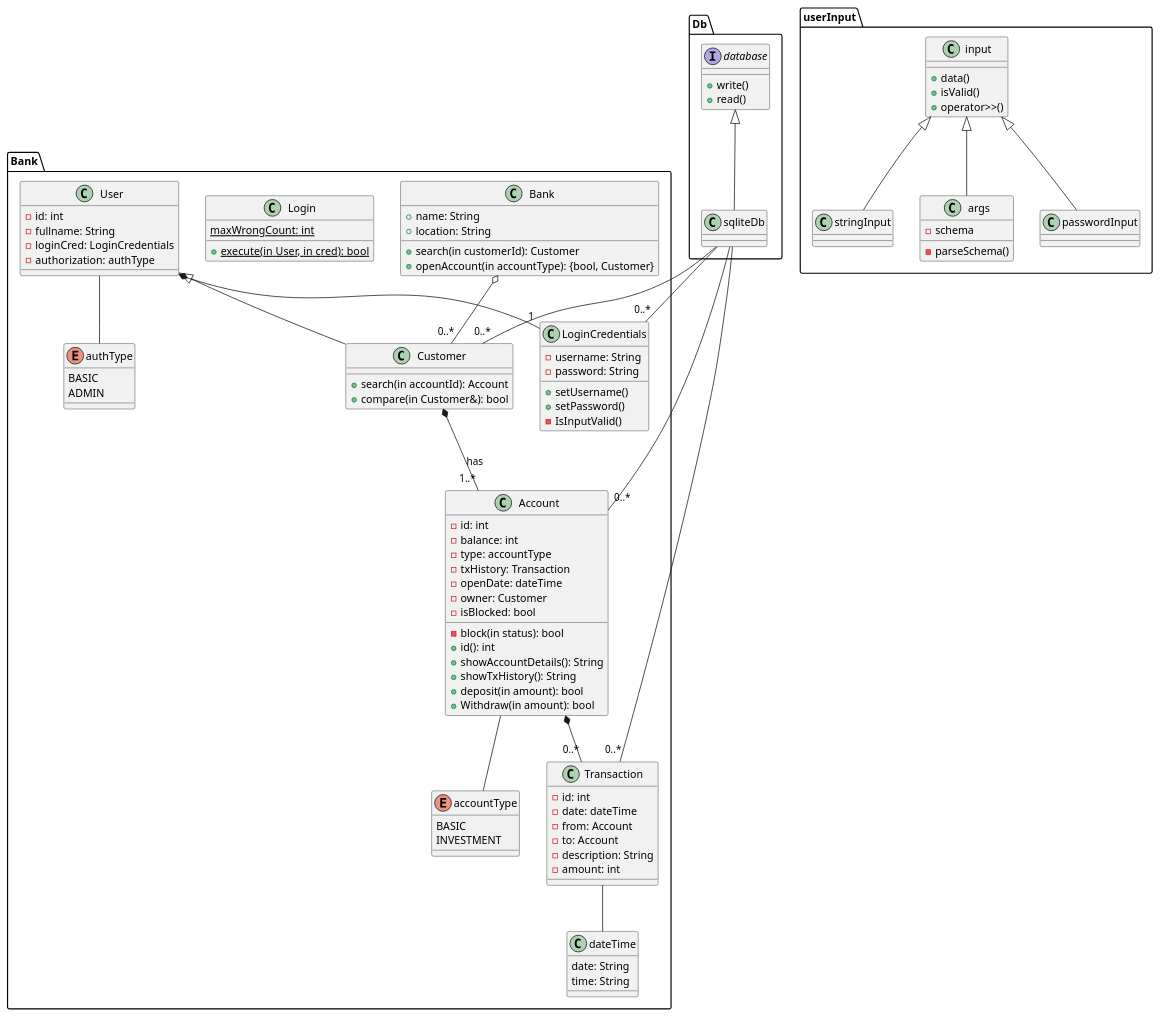
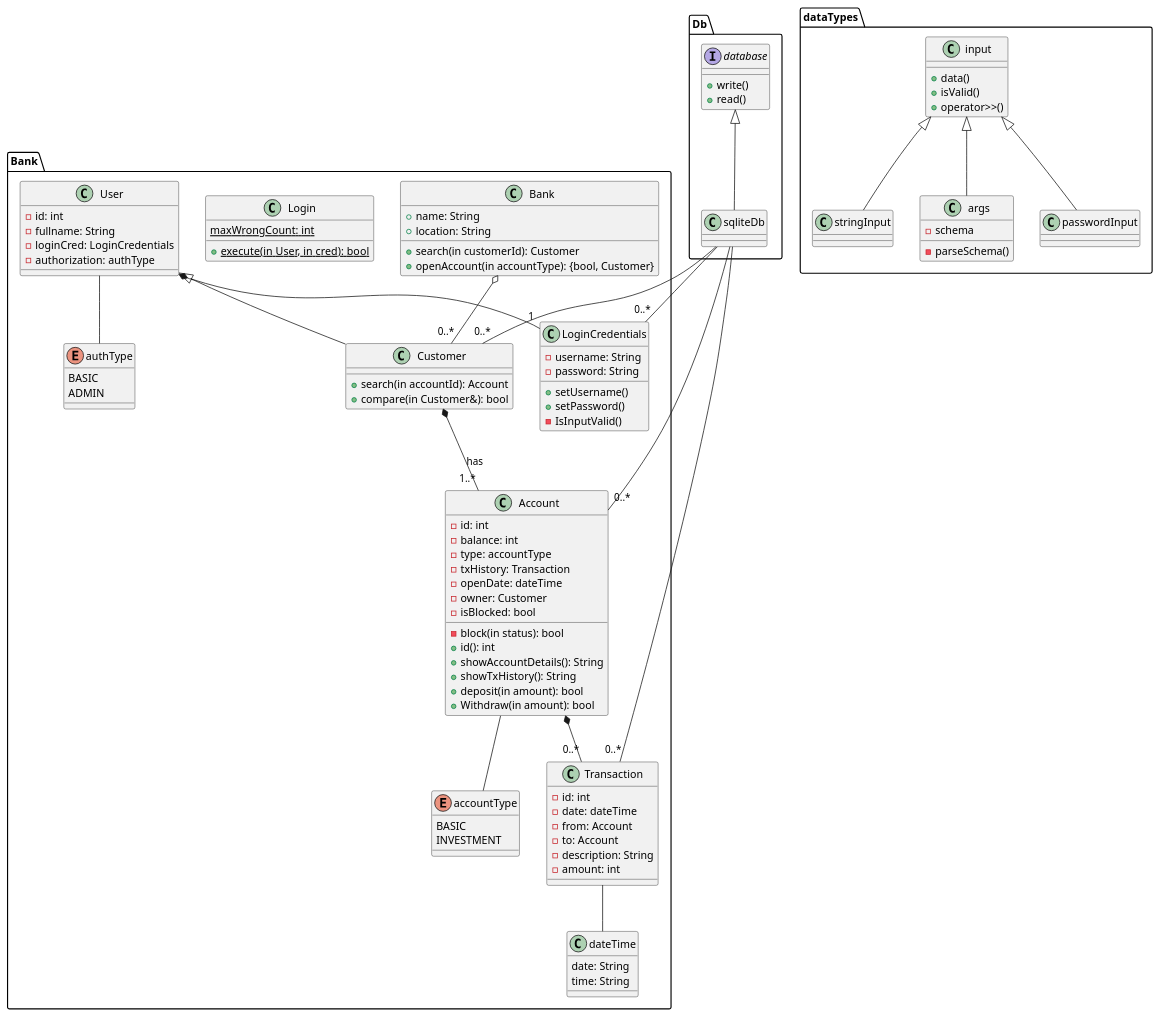
One commit to rcetin/bank changed the diagram in banking.plantuml. Above: the diagram before and after it, drawn with PlantUML. The commit also changed 8 other files, not shown here.

```diff
--- a/banking.plantuml
+++ b/banking.plantuml
@@ -1,126 +1,126 @@
 @startuml
 
 package Bank {
     class Bank {
     +name: String
     +location: String
     +search(in customerId): Customer
     +openAccount(in accountType): {bool, Customer}
 }
 
 Bank o-- "0..*" Customer
 
 class Login {
     {static} maxWrongCount: int
 
     {static} +execute(in User, in cred): bool
 }
 
 class LoginCredentials {
     -username: String
     -password: String
     +setUsername()
     +setPassword()
     -IsInputValid()
 }
 
 class User {
     -id: int
     -fullname: String
     -loginCred: LoginCredentials
     -authorization: authType
 }
 
 enum authType {
     BASIC
     ADMIN
 }
 
 User -- authType
 User <|-- Customer
 User *--"1" LoginCredentials
 
 class Customer {    
     +search(in accountId): Account
     +compare(in Customer&): bool
 }
 
 Customer *-- "1..*" Account: has
 
 class Account {
     -id: int
     -balance: int
     -type: accountType
     -txHistory: Transaction
     -openDate: dateTime
     -owner: Customer
     -isBlocked: bool
 
     -block(in status): bool
     +id(): int
     +showAccountDetails(): String
     +showTxHistory(): String
     +deposit(in amount): bool
     +Withdraw(in amount): bool
 }
 
 Account -- accountType
 Account *-- "0..*" Transaction
 
 class Transaction {
     -id: int
     -date: dateTime
     -from: Account
     -to: Account
     -description: String
     -amount: int
 }
 
 Transaction -- dateTime
 
 class dateTime {
     date: String
     time: String
 }
 
 enum accountType {
   BASIC
   INVESTMENT
 }
 }
 
 package Db {
     interface database {
         +write()
         +read()
     }
 
     database <|-- sqliteDb
 
     sqliteDb -- "0..*" Account
     sqliteDb -- "0..*" Customer
     sqliteDb -- "0..*" Transaction
     sqliteDb -- "0..*" LoginCredentials
 }
 
-package userInput {
+package dataTypes {
     class input {
         +data()
         +isValid()
         +operator>>()
     }
     class args {
         -schema
         -parseSchema()
     }
     class passwordInput{}
     class stringInput{}
 
     input <|-- args
     input <|-- passwordInput
     input <|-- stringInput
 }
 
 
 
 @enduml
```
